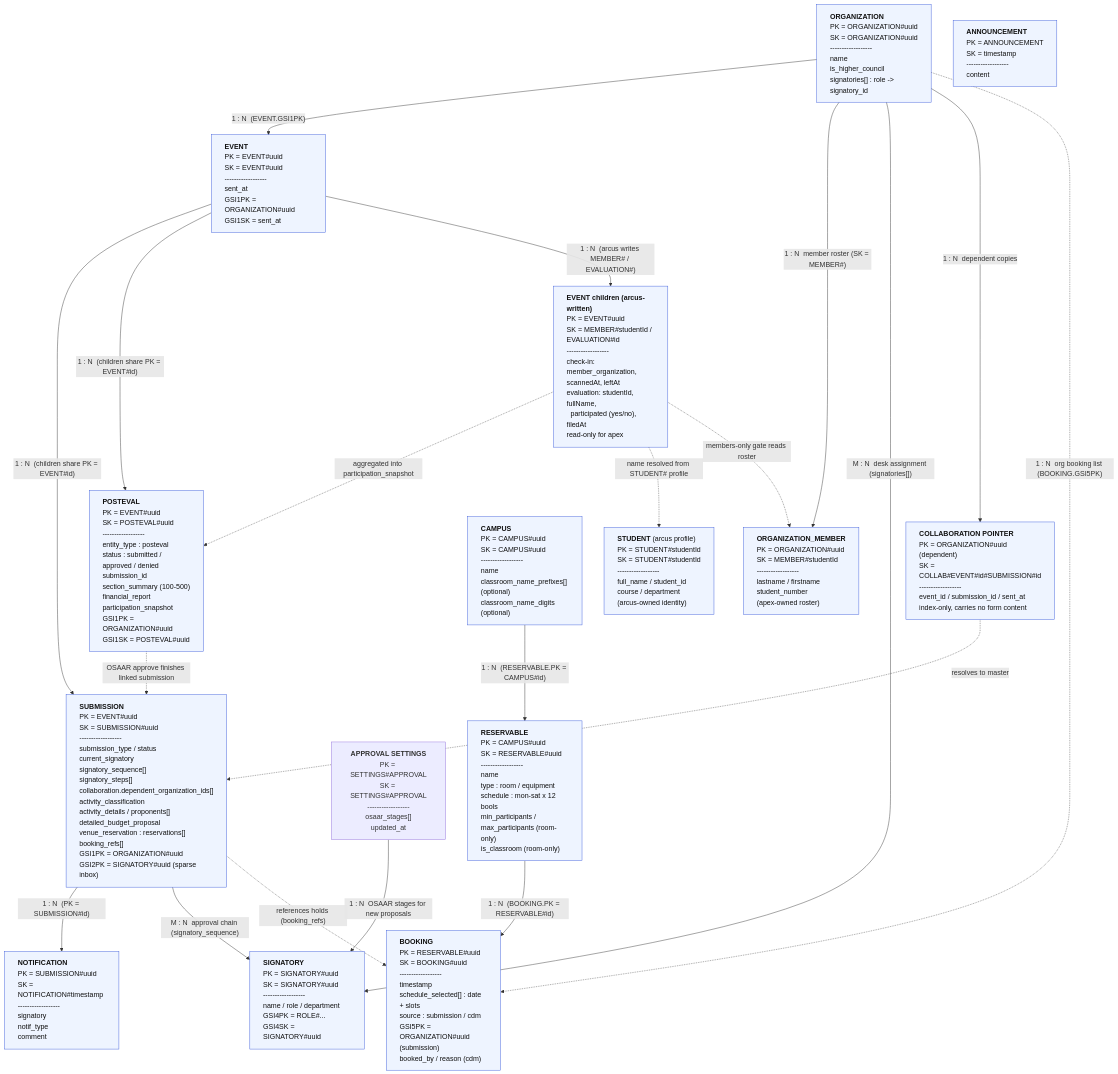
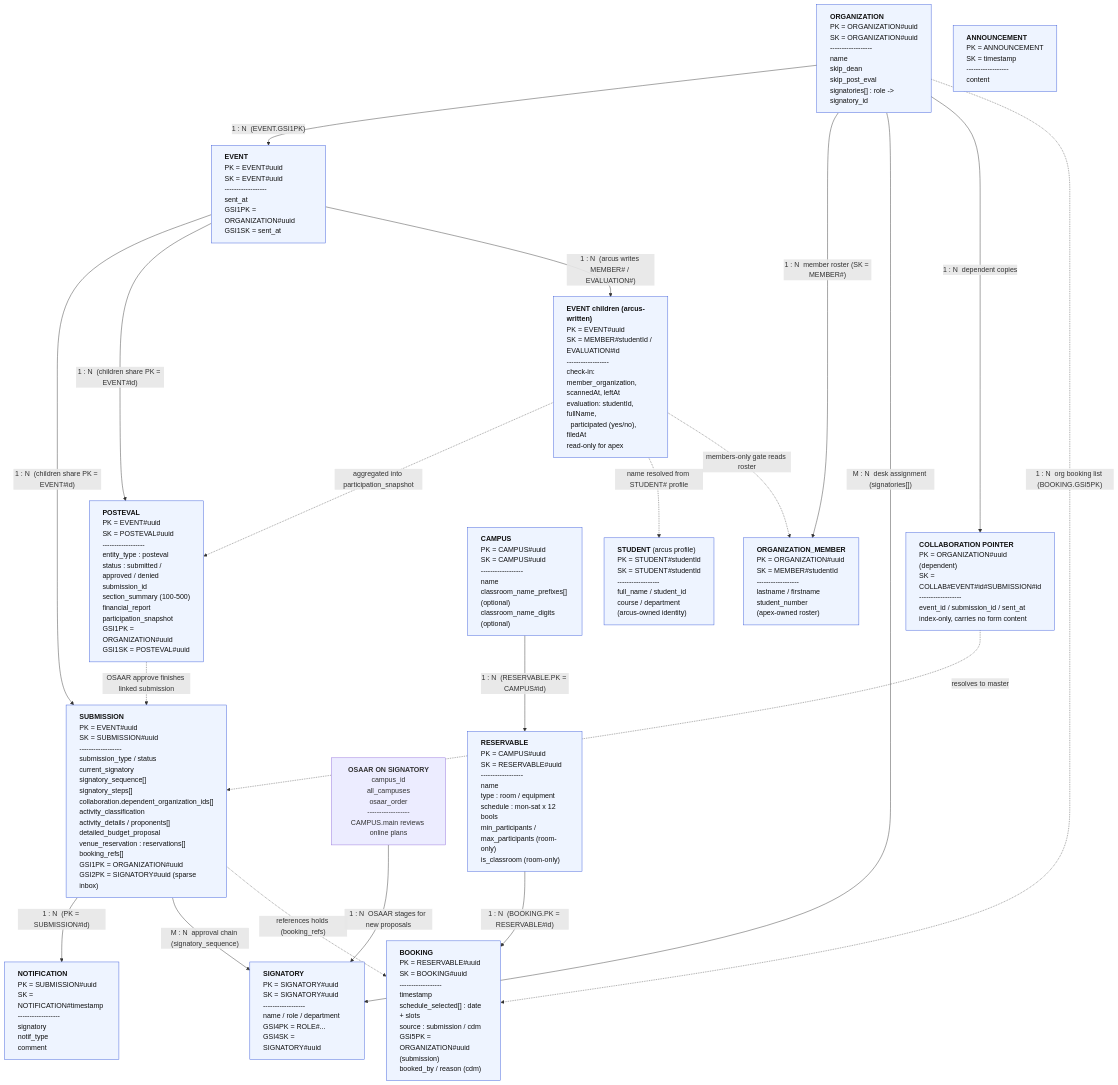
Before and after one commit to nomorepinto/mapua-apex: the diagram in docs/erd/erd.mmd, drawn with Mermaid. The commit also changed 72 other files, not shown here.

Commit message:
osaar campus assignment + separation of skip dean and skip post eval

```diff
--- a/docs/erd/erd.mmd
+++ b/docs/erd/erd.mmd
@@ -1,59 +1,59 @@
 %% mapua-apex - Conceptual ERD (DynamoDB single-table design)
 %% Laid out top-down (graph TD) so the diagram renders vertically and fits
 %% an 8.5x11 portrait page without horizontal cut-off.
 %% Relationships are LOGICAL only: DynamoDB stores no foreign keys, IDs are
 %% copied onto items and resolved at write time.
 %% DEADLINE REMINDER is intentionally omitted (deprecated: orphaned read path,
 %% no producer). See "DynamoDB Schema.txt" -> Deprecated / removed objects.
 graph TD
-    ORGANIZATION["<b>ORGANIZATION</b><br/>PK = ORGANIZATION#uuid<br/>SK = ORGANIZATION#uuid<br/>------------------<br/>name<br/>is_higher_council<br/>signatories[] : role -&gt; signatory_id"]
+    ORGANIZATION["<b>ORGANIZATION</b><br/>PK = ORGANIZATION#uuid<br/>SK = ORGANIZATION#uuid<br/>------------------<br/>name<br/>skip_dean<br/>skip_post_eval<br/>signatories[] : role -&gt; signatory_id"]
 
     ORG_MEMBER["<b>ORGANIZATION_MEMBER</b><br/>PK = ORGANIZATION#uuid<br/>SK = MEMBER#studentId<br/>------------------<br/>lastname / firstname<br/>student_number<br/>(apex-owned roster)"]
 
     EVENT["<b>EVENT</b><br/>PK = EVENT#uuid<br/>SK = EVENT#uuid<br/>------------------<br/>sent_at<br/>GSI1PK = ORGANIZATION#uuid<br/>GSI1SK = sent_at"]
 
     SUBMISSION["<b>SUBMISSION</b><br/>PK = EVENT#uuid<br/>SK = SUBMISSION#uuid<br/>------------------<br/>submission_type / status<br/>current_signatory<br/>signatory_sequence[]<br/>signatory_steps[]<br/>collaboration.dependent_organization_ids[]<br/>activity_classification<br/>activity_details / proponents[]<br/>detailed_budget_proposal<br/>venue_reservation : reservations[]<br/>booking_refs[]<br/>GSI1PK = ORGANIZATION#uuid<br/>GSI2PK = SIGNATORY#uuid (sparse inbox)"]
-    SETTINGS["<b>APPROVAL SETTINGS</b><br/>PK = SETTINGS#APPROVAL<br/>SK = SETTINGS#APPROVAL<br/>------------------<br/>osaar_stages[]<br/>updated_at"]
+    SETTINGS["<b>OSAAR ON SIGNATORY</b><br/>campus_id<br/>all_campuses<br/>osaar_order<br/>------------------<br/>CAMPUS.main reviews online plans"]
 
     NOTIFICATION["<b>NOTIFICATION</b><br/>PK = SUBMISSION#uuid<br/>SK = NOTIFICATION#timestamp<br/>------------------<br/>signatory<br/>notif_type<br/>comment"]
 
     SIGNATORY["<b>SIGNATORY</b><br/>PK = SIGNATORY#uuid<br/>SK = SIGNATORY#uuid<br/>------------------<br/>name / role / department<br/>GSI4PK = ROLE#...<br/>GSI4SK = SIGNATORY#uuid"]
 
     COLLAB["<b>COLLABORATION POINTER</b><br/>PK = ORGANIZATION#uuid (dependent)<br/>SK = COLLAB#EVENT#id#SUBMISSION#id<br/>------------------<br/>event_id / submission_id / sent_at<br/>index-only, carries no form content"]
 
     ANNOUNCEMENT["<b>ANNOUNCEMENT</b><br/>PK = ANNOUNCEMENT<br/>SK = timestamp<br/>------------------<br/>content"]
 
     CAMPUS["<b>CAMPUS</b><br/>PK = CAMPUS#uuid<br/>SK = CAMPUS#uuid<br/>------------------<br/>name<br/>classroom_name_prefixes[] (optional)<br/>classroom_name_digits (optional)"]
 
     RESERVABLE["<b>RESERVABLE</b><br/>PK = CAMPUS#uuid<br/>SK = RESERVABLE#uuid<br/>------------------<br/>name<br/>type : room / equipment<br/>schedule : mon-sat x 12 bools<br/>min_participants / max_participants (room-only)<br/>is_classroom (room-only)"]
 
     BOOKING["<b>BOOKING</b><br/>PK = RESERVABLE#uuid<br/>SK = BOOKING#uuid<br/>------------------<br/>timestamp<br/>schedule_selected[] : date + slots<br/>source : submission / cdm<br/>GSI5PK = ORGANIZATION#uuid (submission)<br/>booked_by / reason (cdm)"]
 
     POSTEVAL["<b>POSTEVAL</b><br/>PK = EVENT#uuid<br/>SK = POSTEVAL#uuid<br/>------------------<br/>entity_type : posteval<br/>status : submitted / approved / denied<br/>submission_id<br/>section_summary (100-500)<br/>financial_report<br/>participation_snapshot<br/>GSI1PK = ORGANIZATION#uuid<br/>GSI1SK = POSTEVAL#uuid"]
 
     ARCUS_CHILD["<b>EVENT children (arcus-written)</b><br/>PK = EVENT#uuid<br/>SK = MEMBER#studentId / EVALUATION#id<br/>------------------<br/>check-in: member_organization, scannedAt, leftAt<br/>evaluation: studentId, fullName,<br/>&nbsp;&nbsp;participated (yes/no), filedAt<br/>read-only for apex"]
 
     STUDENT["<b>STUDENT</b> (arcus profile)<br/>PK = STUDENT#studentId<br/>SK = STUDENT#studentId<br/>------------------<br/>full_name / student_id<br/>course / department<br/>(arcus-owned identity)"]
 
     ORGANIZATION -->|"1 : N &nbsp;(EVENT.GSI1PK)"| EVENT
     ORGANIZATION -->|"1 : N &nbsp;member roster (SK = MEMBER#)"| ORG_MEMBER
     EVENT -->|"1 : N &nbsp;(children share PK = EVENT#id)"| SUBMISSION
     SUBMISSION -->|"1 : N &nbsp;(PK = SUBMISSION#id)"| NOTIFICATION
     ORGANIZATION -->|"M : N &nbsp;desk assignment (signatories[])"| SIGNATORY
     SUBMISSION -->|"M : N &nbsp;approval chain (signatory_sequence)"| SIGNATORY
     SETTINGS -->|"1 : N &nbsp;OSAAR stages for new proposals"| SIGNATORY
     ORGANIZATION -->|"1 : N &nbsp;dependent copies"| COLLAB
     COLLAB -.->|"resolves to master"| SUBMISSION
     CAMPUS -->|"1 : N &nbsp;(RESERVABLE.PK = CAMPUS#id)"| RESERVABLE
     RESERVABLE -->|"1 : N &nbsp;(BOOKING.PK = RESERVABLE#id)"| BOOKING
     SUBMISSION -.->|"references holds (booking_refs)"| BOOKING
     ORGANIZATION -.->|"1 : N &nbsp;org booking list (BOOKING.GSI5PK)"| BOOKING
     EVENT -->|"1 : N &nbsp;(children share PK = EVENT#id)"| POSTEVAL
     EVENT -->|"1 : N &nbsp;(arcus writes MEMBER# / EVALUATION#)"| ARCUS_CHILD
     POSTEVAL -.->|"OSAAR approve finishes linked submission"| SUBMISSION
     ARCUS_CHILD -.->|"aggregated into participation_snapshot"| POSTEVAL
     ARCUS_CHILD -.->|"name resolved from STUDENT# profile"| STUDENT
     ARCUS_CHILD -.->|"members-only gate reads roster"| ORG_MEMBER
 
     classDef entity fill:#eef4ff,stroke:#3b5bdb,stroke-width:1px,color:#111111,text-align:left;
     class ORGANIZATION,ORG_MEMBER,EVENT,SUBMISSION,NOTIFICATION,SIGNATORY,COLLAB,ANNOUNCEMENT,CAMPUS,RESERVABLE,BOOKING,POSTEVAL,ARCUS_CHILD,STUDENT entity;
```
